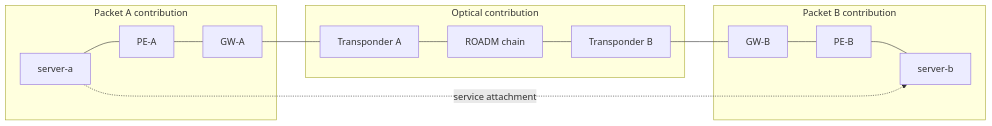
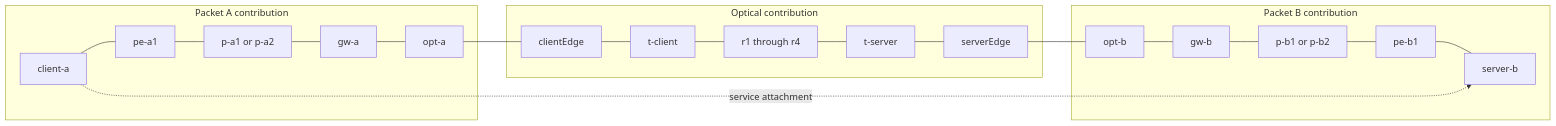
One commit to allenabishekGithub/inter-domain-automatedNetworking changed the eighth of 22 diagrams in docs/domain-agent-architecture.md. Above: the diagram before and after it, drawn with Mermaid. The commit also changed other lines of this file and 6 other files, not shown here.

````diff
--- a/docs/domain-agent-architecture.md
+++ b/docs/domain-agent-architecture.md
@@ -457,15 +480,18 @@
 ```mermaid
 flowchart LR
     subgraph PA[Packet A contribution]
-        PA1[server-a] --- PA2[PE-A] --- PA3[GW-A]
+        PA1["client-a"] --- PA2["pe-a1"] --- PA3["p-a1 or p-a2"]
+        PA3 --- PA4["gw-a"] --- PA5["opt-a"]
     end
     subgraph OD[Optical contribution]
-        O1[Transponder A] --- O2[ROADM chain] --- O3[Transponder B]
+        O1["clientEdge"] --- O2["t-client"] --- O3["r1 through r4"]
+        O3 --- O4["t-server"] --- O5["serverEdge"]
     end
     subgraph PB[Packet B contribution]
-        PB1[GW-B] --- PB2[PE-B] --- PB3[server-b]
+        PB1["opt-b"] --- PB2["gw-b"] --- PB3["p-b1 or p-b2"]
+        PB3 --- PB4["pe-b1"] --- PB5["server-b"]
     end
-    PA3 --- O1
-    O3 --- PB1
-    PA1 -. service attachment .-> PB3
+    PA5 --- O1
+    O5 --- PB1
+    PA1 -. service attachment .-> PB5
 ```
````
